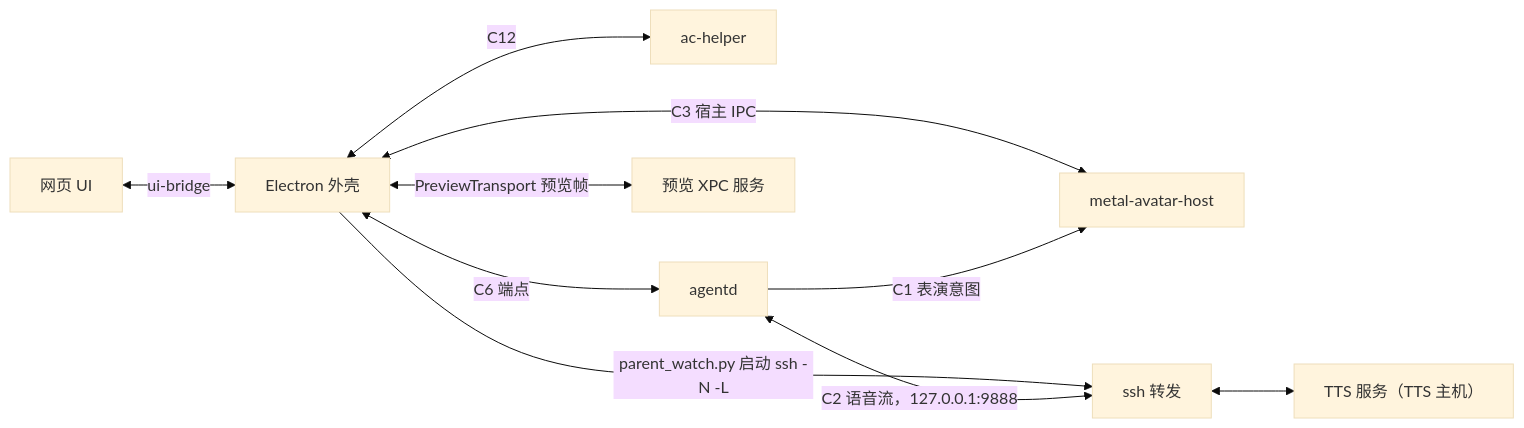
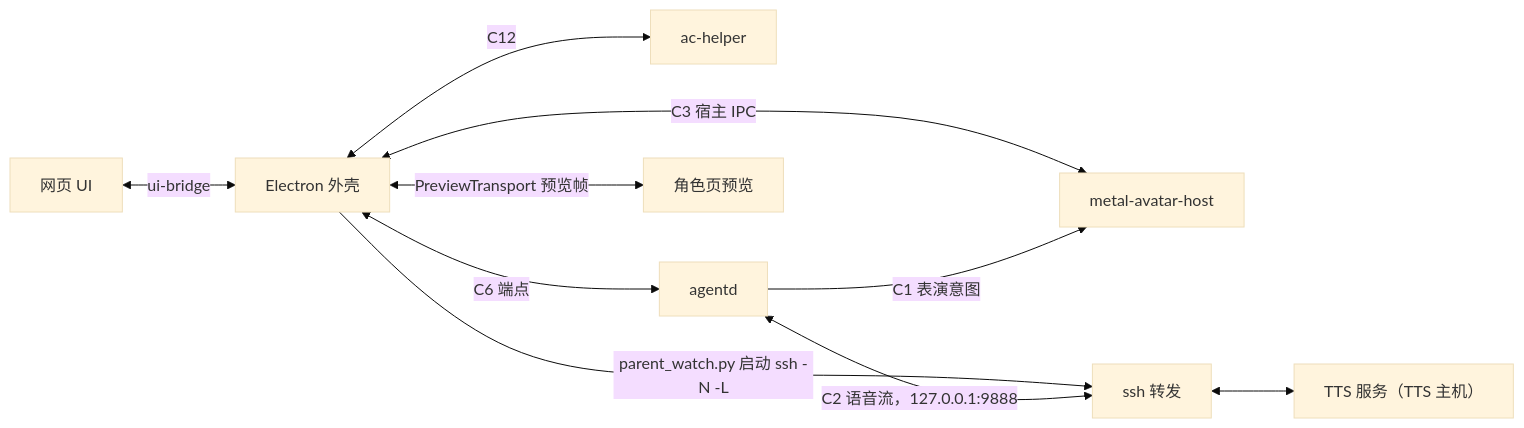
Before and after one commit to Paradox07127/Automated-Agentic-Complex: the diagram in docs/architecture/overview.md, drawn with Mermaid (base theme). The commit also changed other lines of this file and 12 other files, not shown here.

````diff
--- a/docs/architecture/overview.md
+++ b/docs/architecture/overview.md
@@ -43,12 +43,12 @@
 ```mermaid
 flowchart LR
   W[网页 UI] <-->|ui-bridge| C[Electron 外壳]
   C <-->|C12| X[ac-helper]
   C <-->|C6 端点| A[agentd]
   C <-->|C3 宿主 IPC| H[metal-avatar-host]
-  C <-->|PreviewTransport 预览帧| P[预览 XPC 服务]
+  C <-->|PreviewTransport 预览帧| P[角色页预览]
   A -->|C1 表演意图| H
   C -->|parent_watch.py 启动 ssh -N -L| S[ssh 转发]
   A <-->|C2 语音流，127.0.0.1:9888| S
   S <--> T[TTS 服务（TTS 主机）]
 ```
````
